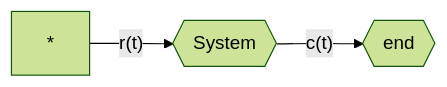
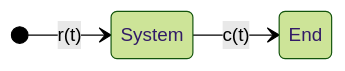
The first of 2 diagrams in content/thoughts/university/twenty-three-twenty-four/sfwr-3dx4/Frequency Domain.md (aarnphm/aarnphm.github.io), drawn with Mermaid (forest theme) before and after one commit. The commit also changed 487 other files, not shown here.

````diff
--- a/content/thoughts/university/twenty-three-twenty-four/sfwr-3dx4/Frequency Domain.md
+++ b/content/thoughts/university/twenty-three-twenty-four/sfwr-3dx4/Frequency Domain.md
@@ -32,4 +32,7 @@
 ```mermaid
-graph LR
-    * -- "r(t)" --> System{{System}} -- "c(t)" --> End{{end}}
+stateDiagram-v2
+  direction LR
+
+  [*] --> System: r(t)
+  System --> End: c(t)
 ```
````
